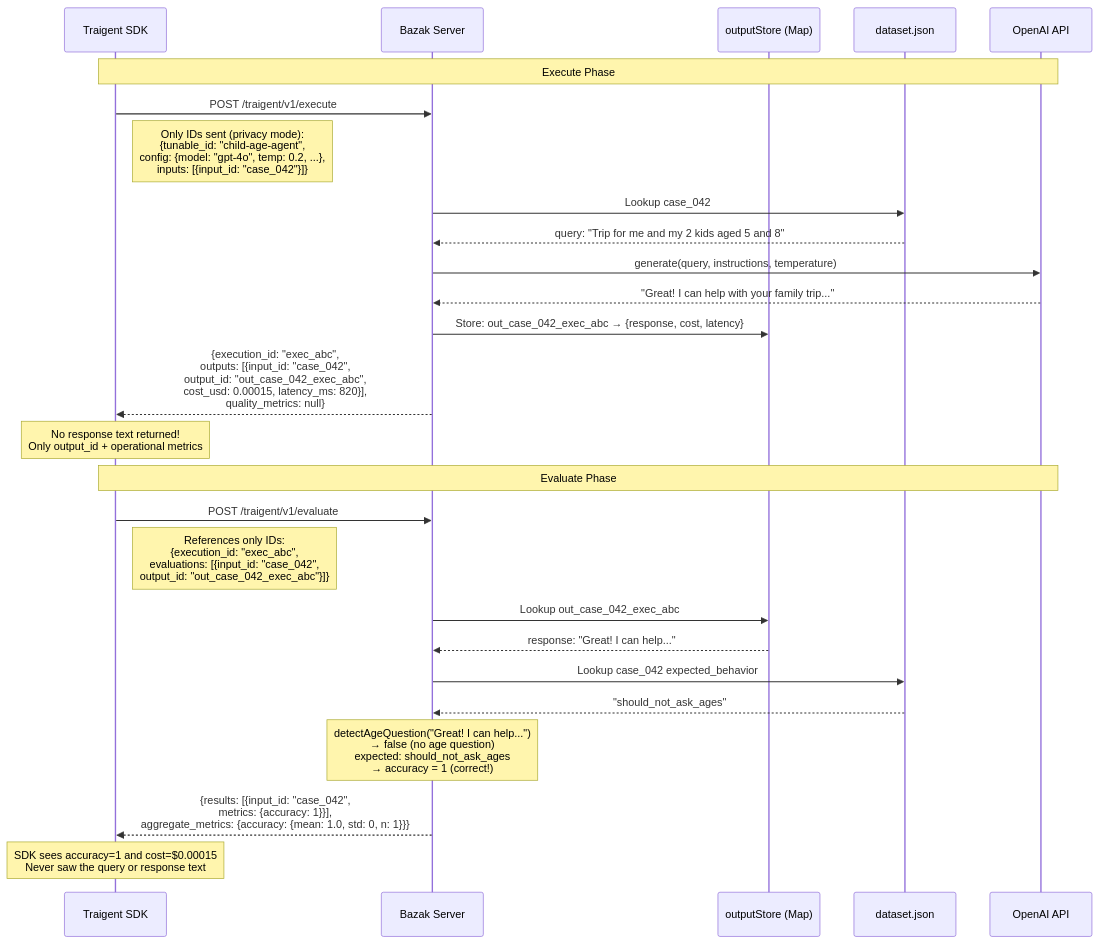
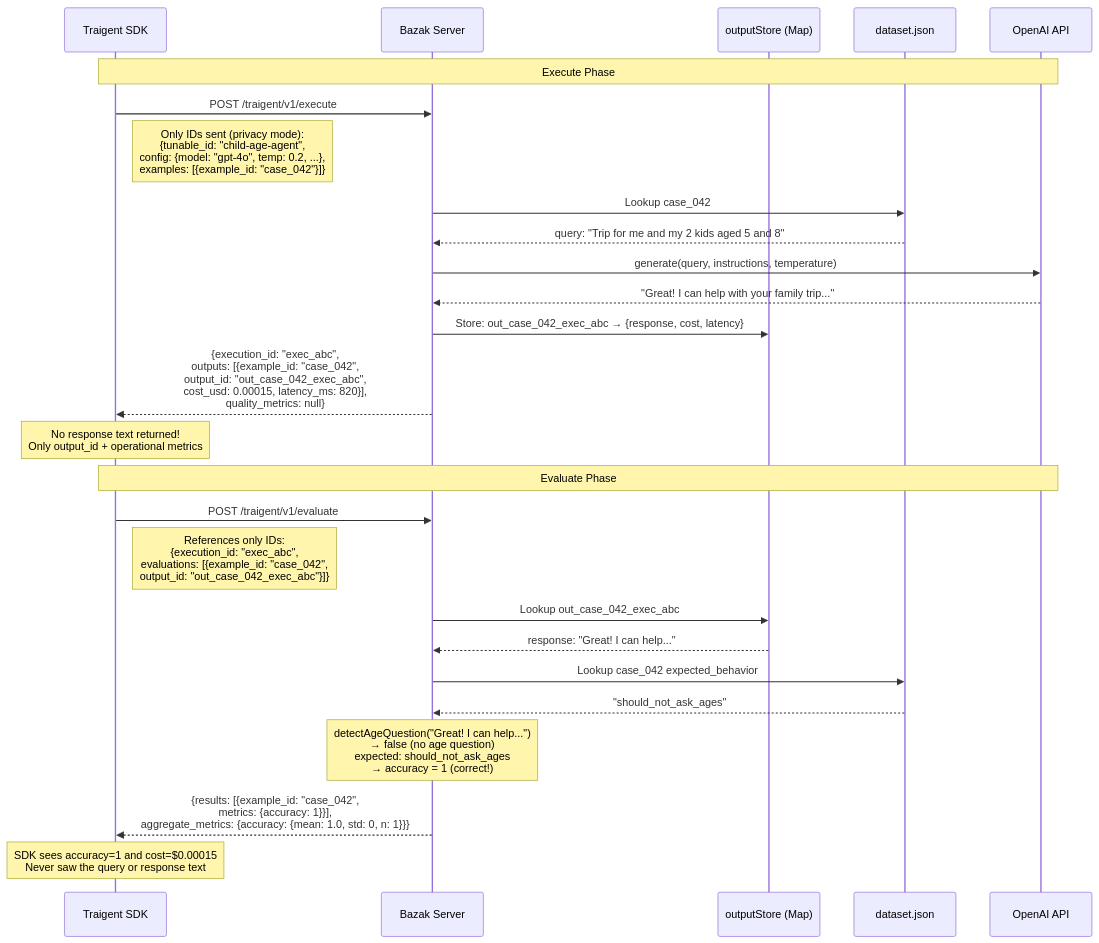
Before and after one commit to Traigent/Traigent: the second of 3 diagrams in docs/bazak-traigent-sequence.md, drawn with Mermaid. The commit also changed other lines of this file and 35 other files, not shown here.

````diff
--- a/docs/bazak-traigent-sequence.md
+++ b/docs/bazak-traigent-sequence.md
@@ -124,42 +124,42 @@
 ```mermaid
 sequenceDiagram
     participant SDK as Traigent SDK
     participant Bazak as Bazak Server
     participant Store as outputStore (Map)
     participant Dataset as dataset.json
     participant LLM as OpenAI API
 
     Note over SDK,LLM: Execute Phase
 
     SDK->>Bazak: POST /traigent/v1/execute
-    Note right of SDK: Only IDs sent (privacy mode):<br/>{tunable_id: "child-age-agent",<br/>config: {model: "gpt-4o", temp: 0.2, ...},<br/>inputs: [{input_id: "case_042"}]}
+    Note right of SDK: Only IDs sent (privacy mode):<br/>{tunable_id: "child-age-agent",<br/>config: {model: "gpt-4o", temp: 0.2, ...},<br/>examples: [{example_id: "case_042"}]}
 
     Bazak->>Dataset: Lookup case_042
     Dataset-->>Bazak: query: "Trip for me and my 2 kids aged 5 and 8"
 
     Bazak->>LLM: generate(query, instructions, temperature)
     LLM-->>Bazak: "Great! I can help with your family trip..."
 
     Bazak->>Store: Store: out_case_042_exec_abc → {response, cost, latency}
 
-    Bazak-->>SDK: {execution_id: "exec_abc",<br/>outputs: [{input_id: "case_042",<br/>output_id: "out_case_042_exec_abc",<br/>cost_usd: 0.00015, latency_ms: 820}],<br/>quality_metrics: null}
+    Bazak-->>SDK: {execution_id: "exec_abc",<br/>outputs: [{example_id: "case_042",<br/>output_id: "out_case_042_exec_abc",<br/>cost_usd: 0.00015, latency_ms: 820}],<br/>quality_metrics: null}
 
     Note over SDK: No response text returned!<br/>Only output_id + operational metrics
 
     Note over SDK,LLM: Evaluate Phase
 
     SDK->>Bazak: POST /traigent/v1/evaluate
-    Note right of SDK: References only IDs:<br/>{execution_id: "exec_abc",<br/>evaluations: [{input_id: "case_042",<br/>output_id: "out_case_042_exec_abc"}]}
+    Note right of SDK: References only IDs:<br/>{execution_id: "exec_abc",<br/>evaluations: [{example_id: "case_042",<br/>output_id: "out_case_042_exec_abc"}]}
 
     Bazak->>Store: Lookup out_case_042_exec_abc
     Store-->>Bazak: response: "Great! I can help..."
 
     Bazak->>Dataset: Lookup case_042 expected_behavior
     Dataset-->>Bazak: "should_not_ask_ages"
 
     Note over Bazak: detectAgeQuestion("Great! I can help...")<br/>→ false (no age question)<br/>expected: should_not_ask_ages<br/>→ accuracy = 1 (correct!)
 
-    Bazak-->>SDK: {results: [{input_id: "case_042",<br/>metrics: {accuracy: 1}}],<br/>aggregate_metrics: {accuracy: {mean: 1.0, std: 0, n: 1}}}
+    Bazak-->>SDK: {results: [{example_id: "case_042",<br/>metrics: {accuracy: 1}}],<br/>aggregate_metrics: {accuracy: {mean: 1.0, std: 0, n: 1}}}
 
     Note over SDK: SDK sees accuracy=1 and cost=$0.00015<br/>Never saw the query or response text
 ```
````
